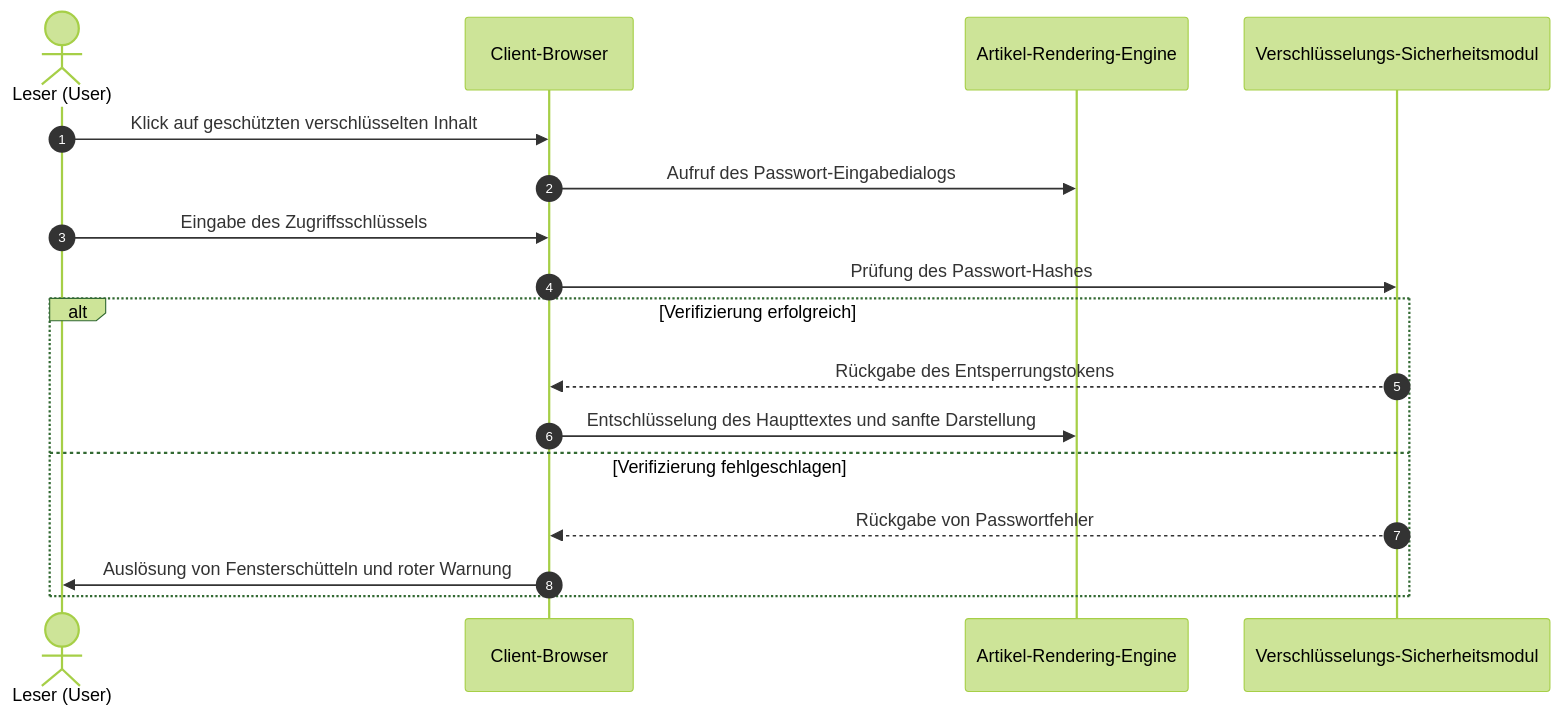
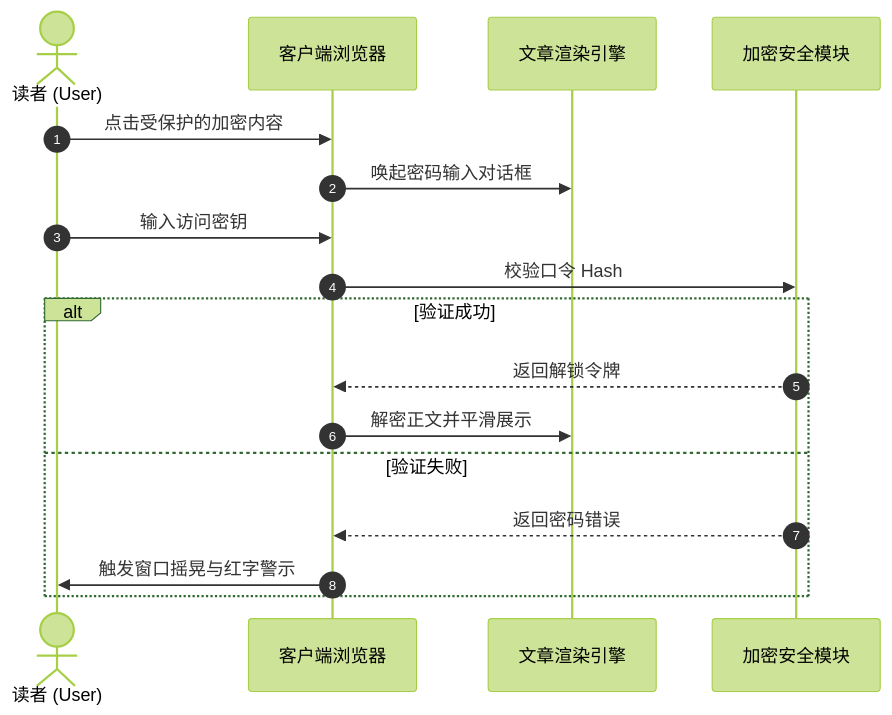
Before and after one commit to shijianus/shijianus.github.io: the second of 2 diagrams in src/content/posts/content-formats-and-markup-mastery-de.md, drawn with Mermaid (forest theme). The commit also changed other lines of this file and 3 other files, not shown here.

````diff
--- a/src/content/posts/content-formats-and-markup-mastery-de.md
+++ b/src/content/posts/content-formats-and-markup-mastery-de.md
@@ -513,20 +994,20 @@
 ```mermaid
 sequenceDiagram
     autonumber
-    actor User as Leser (User)
-    participant Browser as Client-Browser
-    participant PostPage as Artikel-Rendering-Engine
-    participant Security as Verschlüsselungs-Sicherheitsmodul
+    actor User as 读者 (User)
+    participant Browser as 客户端浏览器
+    participant PostPage as 文章渲染引擎
+    participant Security as 加密安全模块
 
-    User->>Browser: Klick auf geschützten verschlüsselten Inhalt
-    Browser->>PostPage: Aufruf des Passwort-Eingabedialogs
-    User->>Browser: Eingabe des Zugriffsschlüssels
-    Browser->>Security: Prüfung des Passwort-Hashes
-    alt Verifizierung erfolgreich
-        Security-->>Browser: Rückgabe des Entsperrungstokens
-        Browser->>PostPage: Entschlüsselung des Haupttextes und sanfte Darstellung
-    else Verifizierung fehlgeschlagen
-        Security-->>Browser: Rückgabe von Passwortfehler
-        Browser->>User: Auslösung von Fensterschütteln und roter Warnung
+    User->>Browser: 点击受保护的加密内容
+    Browser->>PostPage: 唤起密码输入对话框
+    User->>Browser: 输入访问密钥
+    Browser->>Security: 校验口令 Hash
+    alt 验证成功
+        Security-->>Browser: 返回解锁令牌
+        Browser->>PostPage: 解密正文并平滑展示
+    else 验证失败
+        Security-->>Browser: 返回密码错误
+        Browser->>User: 触发窗口摇晃与红字警示
     end
 ```
````
